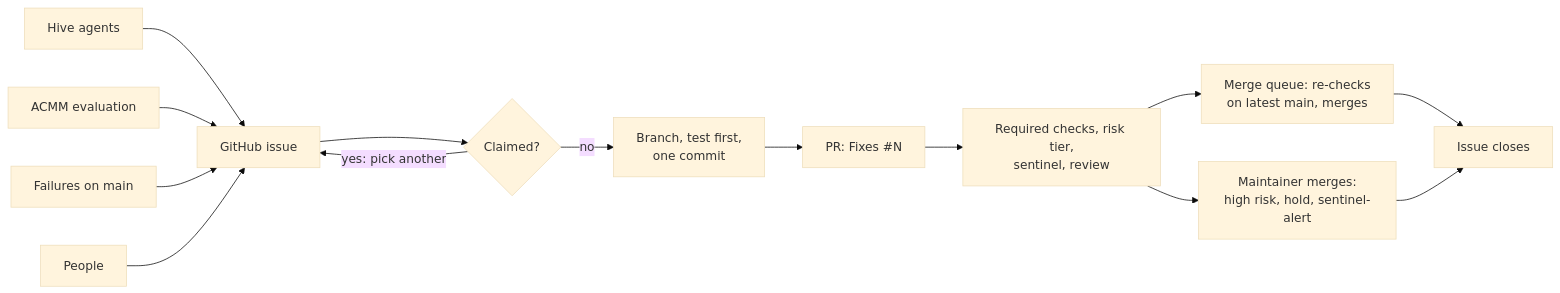
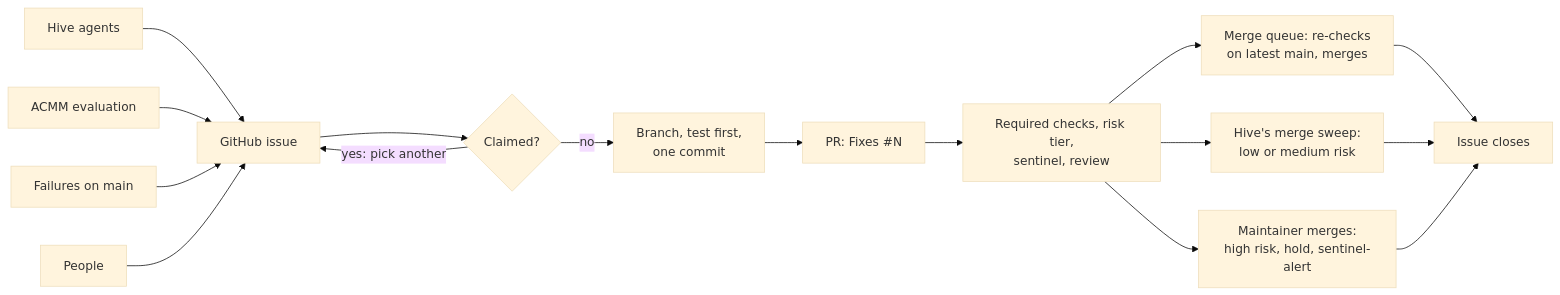
One commit to Tim-van-Oudheusden/MinimalUI changed the diagram in docs/multi-agent.md. Above: the diagram before and after it, drawn with Mermaid (base theme). The commit also changed other lines of this file and 8 other files, not shown here.

First line of the commit message:
docs(agents): let Hive merge low- and medium-risk pull requests (#328)

````diff
--- a/docs/multi-agent.md
+++ b/docs/multi-agent.md
@@ -37,16 +37,18 @@
 ```mermaid
 flowchart LR
     hive[Hive agents] --> issue
     acmm[ACMM evaluation] --> issue
     fail[Failures on main] --> issue
     people[People] --> issue
     issue[GitHub issue] --> claim{Claimed?}
     claim -- "yes: pick another" --> issue
     claim -- no --> work["Branch, test first,<br/>one commit"]
     work --> pr["PR: Fixes #N"]
     pr --> checks["Required checks, risk tier,<br/>sentinel, review"]
     checks --> queue["Merge queue: re-checks<br/>on latest main, merges"]
+    checks --> sweep["Hive's merge sweep:<br/>low or medium risk"]
     checks --> manual["Maintainer merges:<br/>high risk, hold, sentinel-alert"]
     queue --> closed[Issue closes]
+    sweep --> closed
     manual --> closed
 ```
````
